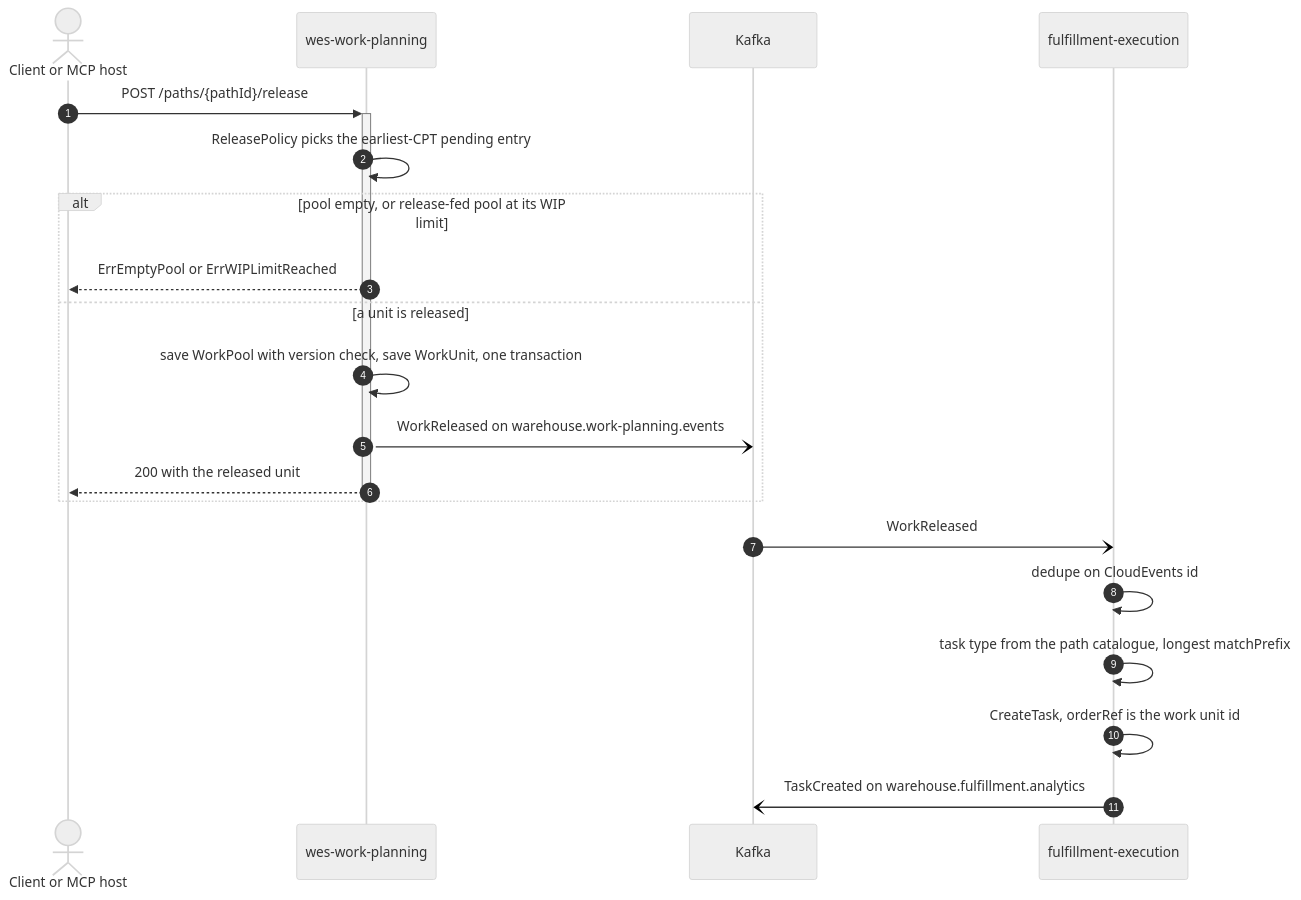
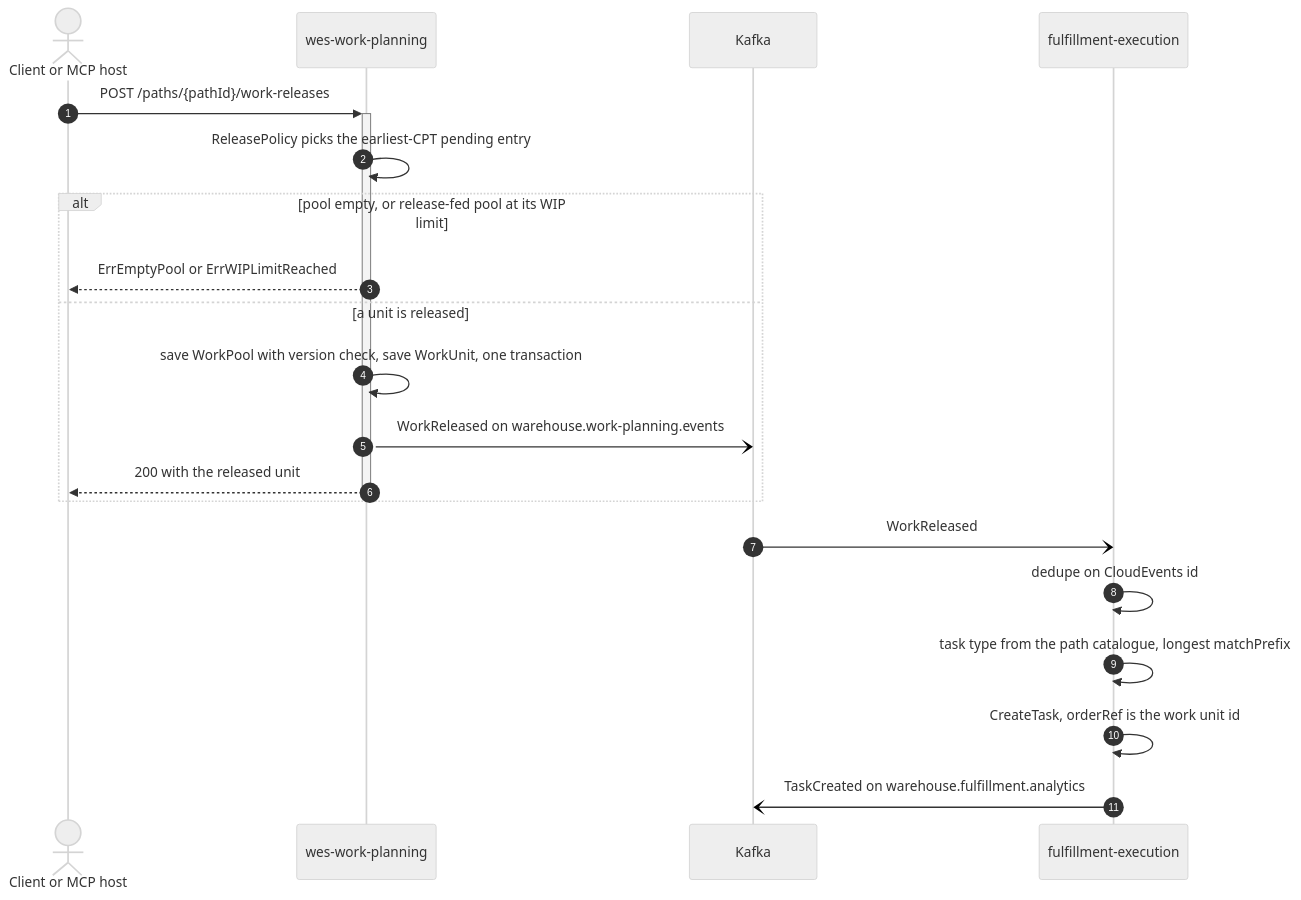
Before and after one commit to IQVO/warehouse-docs: the second of 10 diagrams in docs/architecture/runtime-flows.md, drawn with Mermaid (neutral theme). The commit also changed other lines of this file and 272 other files, not shown here.

````diff
--- a/docs/architecture/runtime-flows.md
+++ b/docs/architecture/runtime-flows.md
@@ -125,24 +125,24 @@
 ```mermaid
 sequenceDiagram
     autonumber
     actor Caller as Client or MCP host
     participant WP as wes-work-planning
     participant K as Kafka
     participant FE as fulfillment-execution
 
-    Caller->>+WP: POST /paths/{pathId}/release
+    Caller->>+WP: POST /paths/{pathId}/work-releases
     WP->>WP: ReleasePolicy picks the earliest-CPT pending entry
     alt pool empty, or release-fed pool at its WIP limit
         WP-->>Caller: ErrEmptyPool or ErrWIPLimitReached
     else a unit is released
         WP->>WP: save WorkPool with version check, save WorkUnit, one transaction
         WP-)K: WorkReleased on warehouse.work-planning.events
         WP-->>-Caller: 200 with the released unit
     end
 
     K-)FE: WorkReleased
     FE->>FE: dedupe on CloudEvents id
     FE->>FE: task type from the path catalogue, longest matchPrefix
     FE->>FE: CreateTask, orderRef is the work unit id
     FE-)K: TaskCreated on warehouse.fulfillment.analytics
 ```
````
